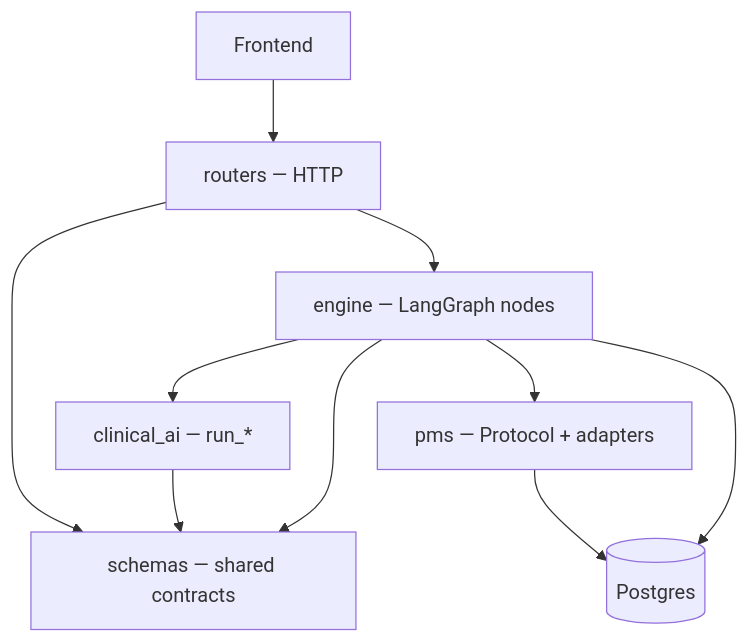
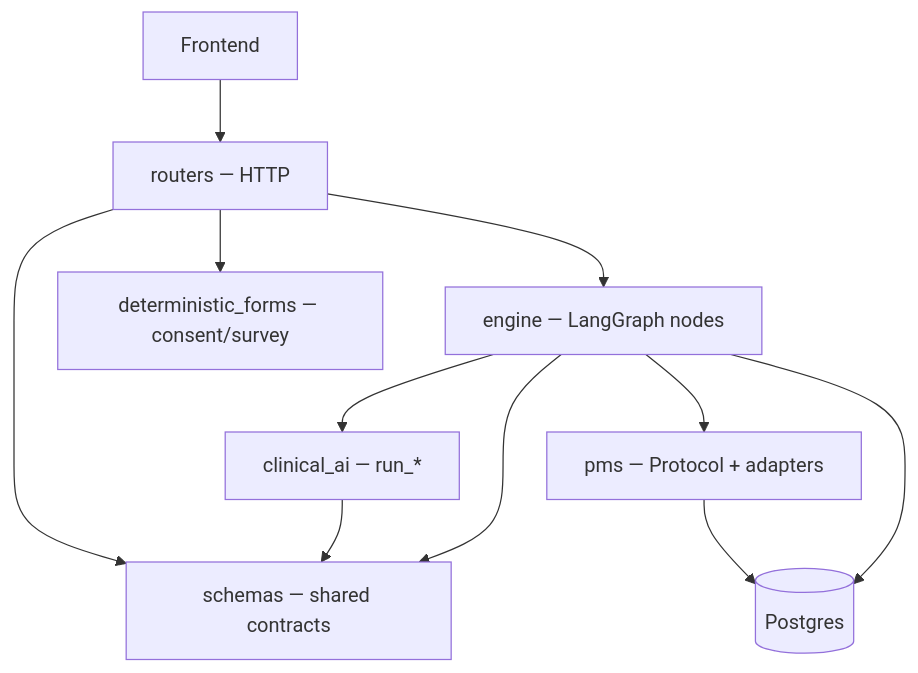
The first of 4 diagrams in docs/structures/structure.md (Align-Health-Tech/Align-Main), drawn with Mermaid before and after one commit. The commit also changed other lines of this file and 61 other files, not shown here.

````diff
--- a/docs/structures/structure.md
+++ b/docs/structures/structure.md
@@ -9,19 +9,20 @@
 ```mermaid
 flowchart TB
   FE[Frontend]
   R[routers — HTTP]
   E[engine — LangGraph nodes]
   S[schemas — shared contracts]
   CAI[clinical_ai — run_*]
   PMS[pms — Protocol + adapters]
   DB[(Postgres)]
 
   FE --> R --> E
+  R --> DF[deterministic_forms — consent/survey]
   E --> S
   CAI --> S
   R --> S
   E --> CAI
   E --> PMS
   E --> DB
   PMS --> DB
 ```
````
